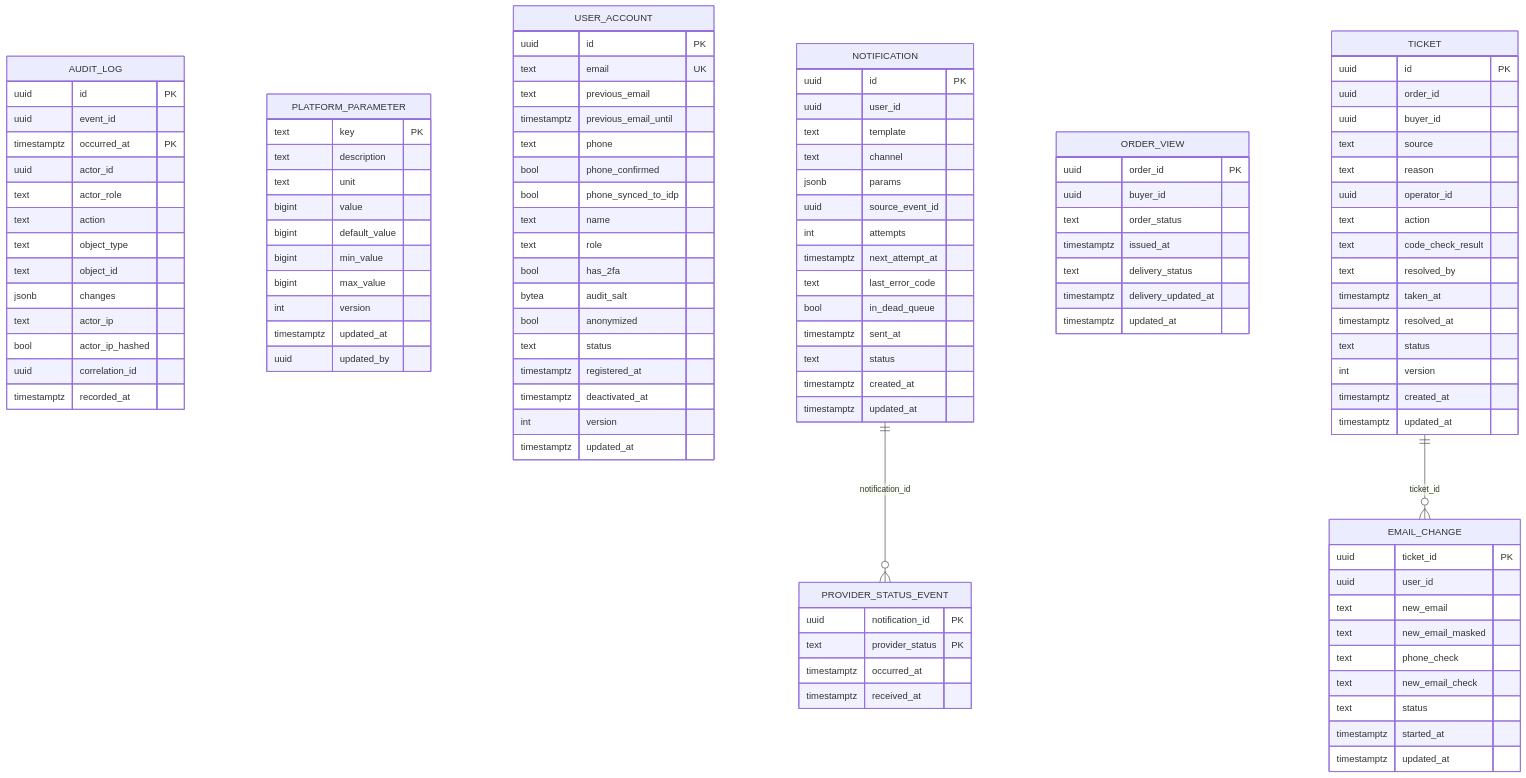
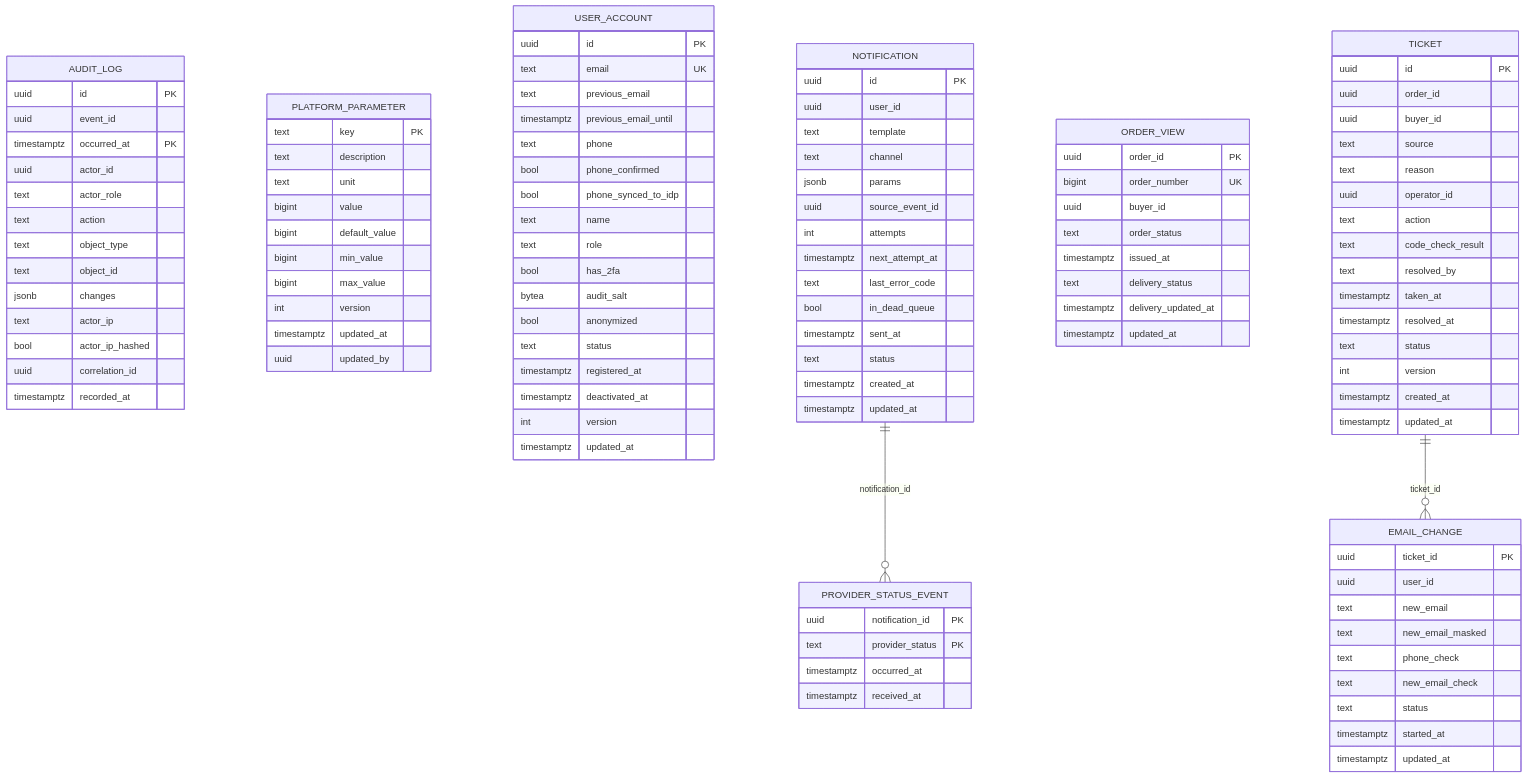
One commit to Lapin143/digital-goods-marketplace changed the diagram in docs/07-data/platform-service-schema.md. Above: the diagram before and after it, drawn with Mermaid. The commit also changed other lines of this file and 41 other files, not shown here.

First line of the commit message:
feat(contracts): решения v1.6 внесены в схему и контракты: номер заказа (orders.number, orderNumber в API и событиях), параметр orders.max-unpaid, ошибка unpaid-orders-limit (39 типов); модель угроз, роли, SEQ, отчёт Ф3 закрывают замечания v1.6

```diff
--- a/docs/07-data/platform-service-schema.md
+++ b/docs/07-data/platform-service-schema.md
@@ -97,6 +97,7 @@
     }
     ORDER_VIEW {
         uuid order_id PK
+        bigint order_number UK
         uuid buyer_id
         text order_status
         timestamptz issued_at
```
